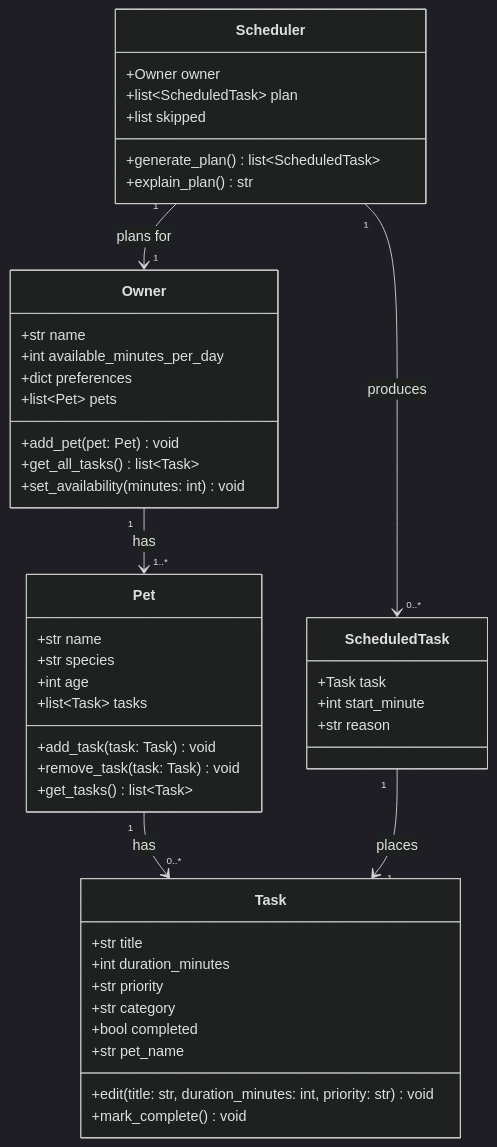
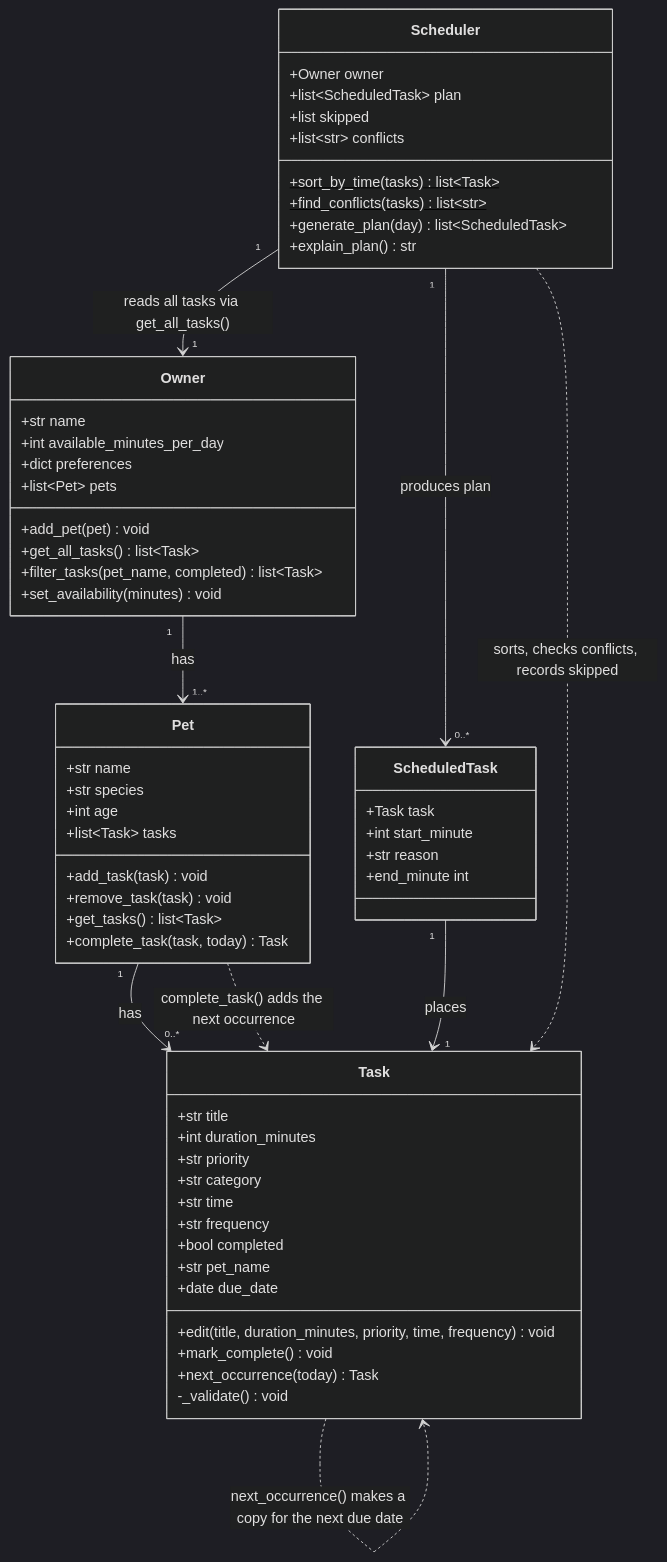
One commit to farwaa-sr/ai110-module2show-pawpal-starter changed the diagram in uml_diagram.md. Above: the diagram before and after it, drawn with Mermaid (dark theme). The commit also changed other lines of this file and 4 other files, not shown here.

First line of the commit message:
docs: polish UI, finalize UML, and complete README and reflection

````diff
--- a/uml_diagram.md
+++ b/uml_diagram.md
@@ -3,53 +6,67 @@
 ```mermaid
 classDiagram
     class Owner {
         +str name
         +int available_minutes_per_day
         +dict preferences
         +list~Pet~ pets
-        +add_pet(pet: Pet) void
+        +add_pet(pet) void
         +get_all_tasks() list~Task~
-        +set_availability(minutes: int) void
+        +filter_tasks(pet_name, completed) list~Task~
+        +set_availability(minutes) void
     }
 
     class Pet {
         +str name
         +str species
         +int age
         +list~Task~ tasks
-        +add_task(task: Task) void
-        +remove_task(task: Task) void
+        +add_task(task) void
+        +remove_task(task) void
         +get_tasks() list~Task~
+        +complete_task(task, today) Task
     }
 
     class Task {
         +str title
         +int duration_minutes
         +str priority
         +str category
+        +str time
+        +str frequency
         +bool completed
         +str pet_name
-        +edit(title: str, duration_minutes: int, priority: str) void
+        +date due_date
+        +edit(title, duration_minutes, priority, time, frequency) void
         +mark_complete() void
+        +next_occurrence(today) Task
+        -_validate() void
     }
 
     class ScheduledTask {
         +Task task
         +int start_minute
         +str reason
+        +end_minute int
     }
 
     class Scheduler {
         +Owner owner
         +list~ScheduledTask~ plan
         +list skipped
-        +generate_plan() list~ScheduledTask~
+        +list~str~ conflicts
+        +sort_by_time(tasks)$ list~Task~
+        +find_conflicts(tasks)$ list~str~
+        +generate_plan(day) list~ScheduledTask~
         +explain_plan() str
     }
 
     Owner "1" --> "1..*" Pet : has
     Pet "1" --> "0..*" Task : has
-    Scheduler "1" --> "1" Owner : plans for
-    Scheduler "1" --> "0..*" ScheduledTask : produces
+    Scheduler "1" --> "1" Owner : reads all tasks via get_all_tasks()
+    Scheduler "1" --> "0..*" ScheduledTask : produces plan
     ScheduledTask "1" --> "1" Task : places
+    Scheduler ..> Task : sorts, checks conflicts, records skipped
+    Pet ..> Task : complete_task() adds the next occurrence
+    Task ..> Task : next_occurrence() makes a copy for the next due date
 ```
````
